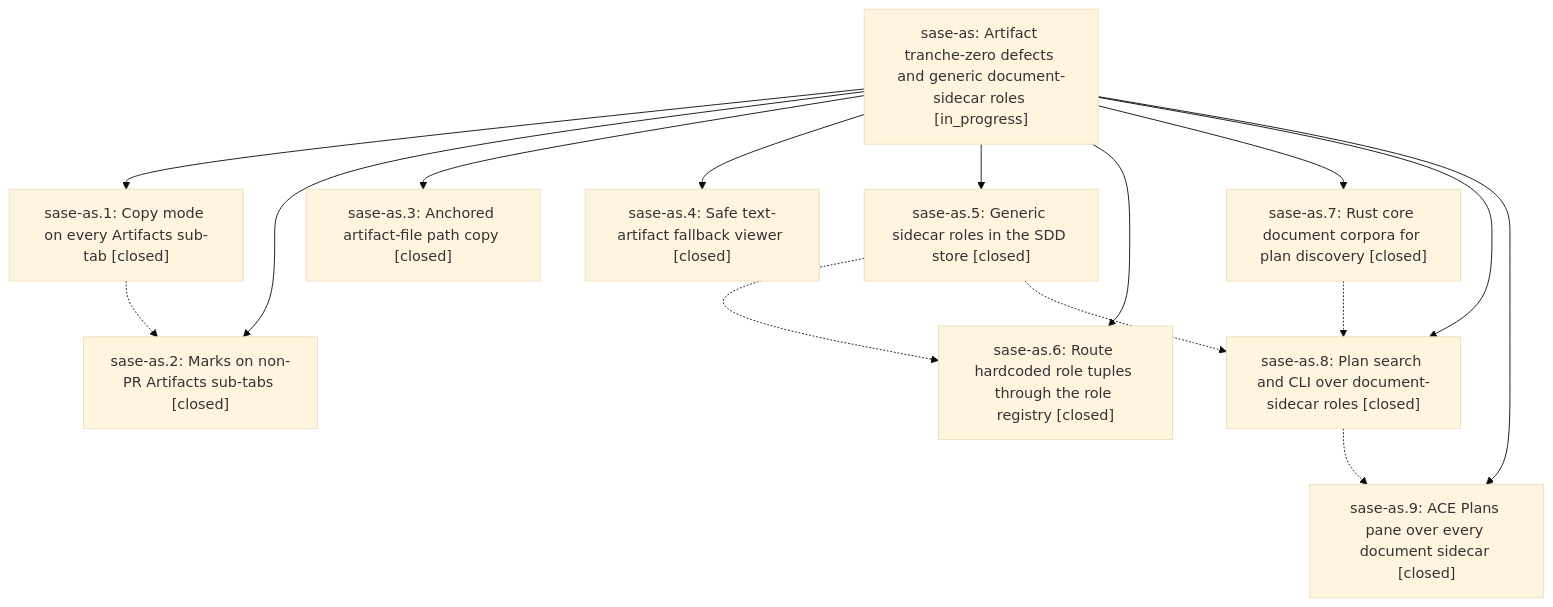
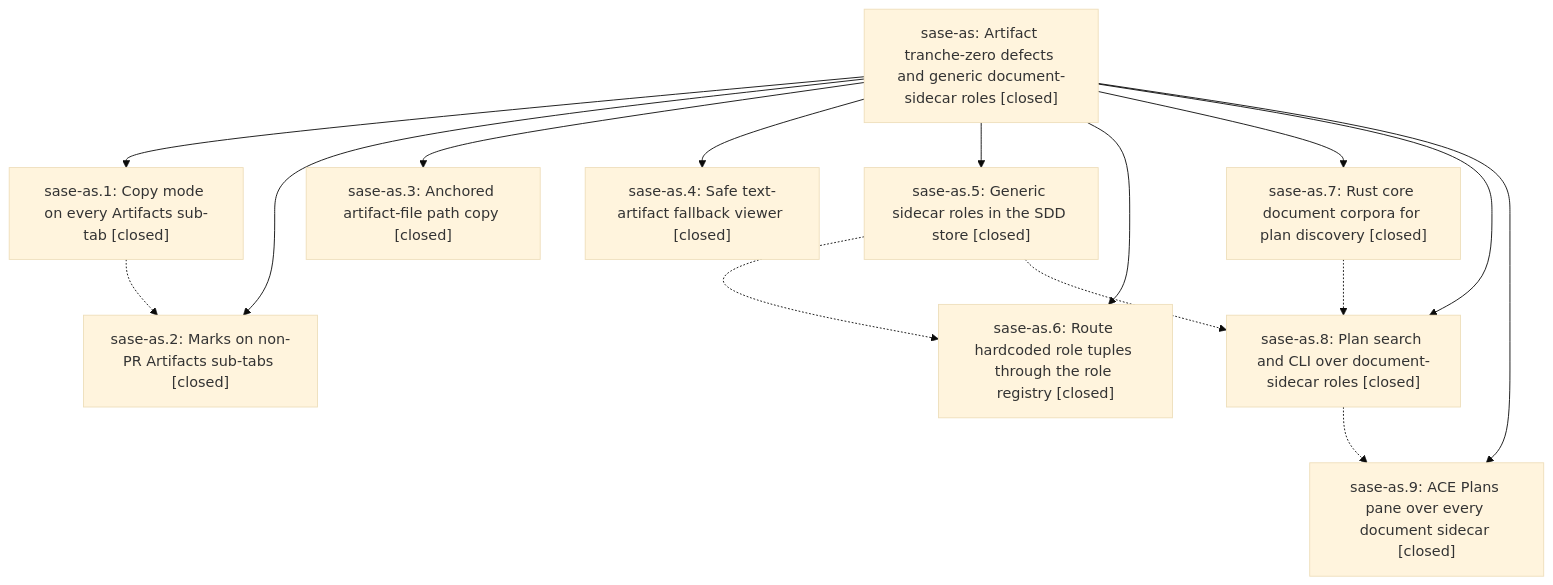
One commit to sase-org/sase--beads changed the diagram in pages/sase-as/README.md. Above: the diagram before and after it, drawn with Mermaid (base theme). The commit also changed other lines of this file, not shown here.

First line of the commit message:
chore(beads): sync bead state and pages for sase-as

````diff
--- a/pages/sase-as/README.md
+++ b/pages/sase-as/README.md
@@ -30,27 +34,27 @@
 ```mermaid
 flowchart TD
-    n0["sase-as: Artifact tranche-zero defects and generic document-sidecar roles [in_progress]"]
+    n0["sase-as: Artifact tranche-zero defects and generic document-sidecar roles [closed]"]
     n1["sase-as.1: Copy mode on every Artifacts sub-tab [closed]"]
     n2["sase-as.2: Marks on non-PR Artifacts sub-tabs [closed]"]
     n3["sase-as.3: Anchored artifact-file path copy [closed]"]
     n4["sase-as.4: Safe text-artifact fallback viewer [closed]"]
     n5["sase-as.5: Generic sidecar roles in the SDD store [closed]"]
     n6["sase-as.6: Route hardcoded role tuples through the role registry [closed]"]
     n7["sase-as.7: Rust core document corpora for plan discovery [closed]"]
     n8["sase-as.8: Plan search and CLI over document-sidecar roles [closed]"]
     n9["sase-as.9: ACE Plans pane over every document sidecar [closed]"]
     n0 --> n1
     n0 --> n2
     n0 --> n3
     n0 --> n4
     n0 --> n5
     n0 --> n6
     n0 --> n7
     n0 --> n8
     n0 --> n9
     n1 -.-> n2
     n5 -.-> n6
     n5 -.-> n8
     n7 -.-> n8
     n8 -.-> n9
 ```
````
